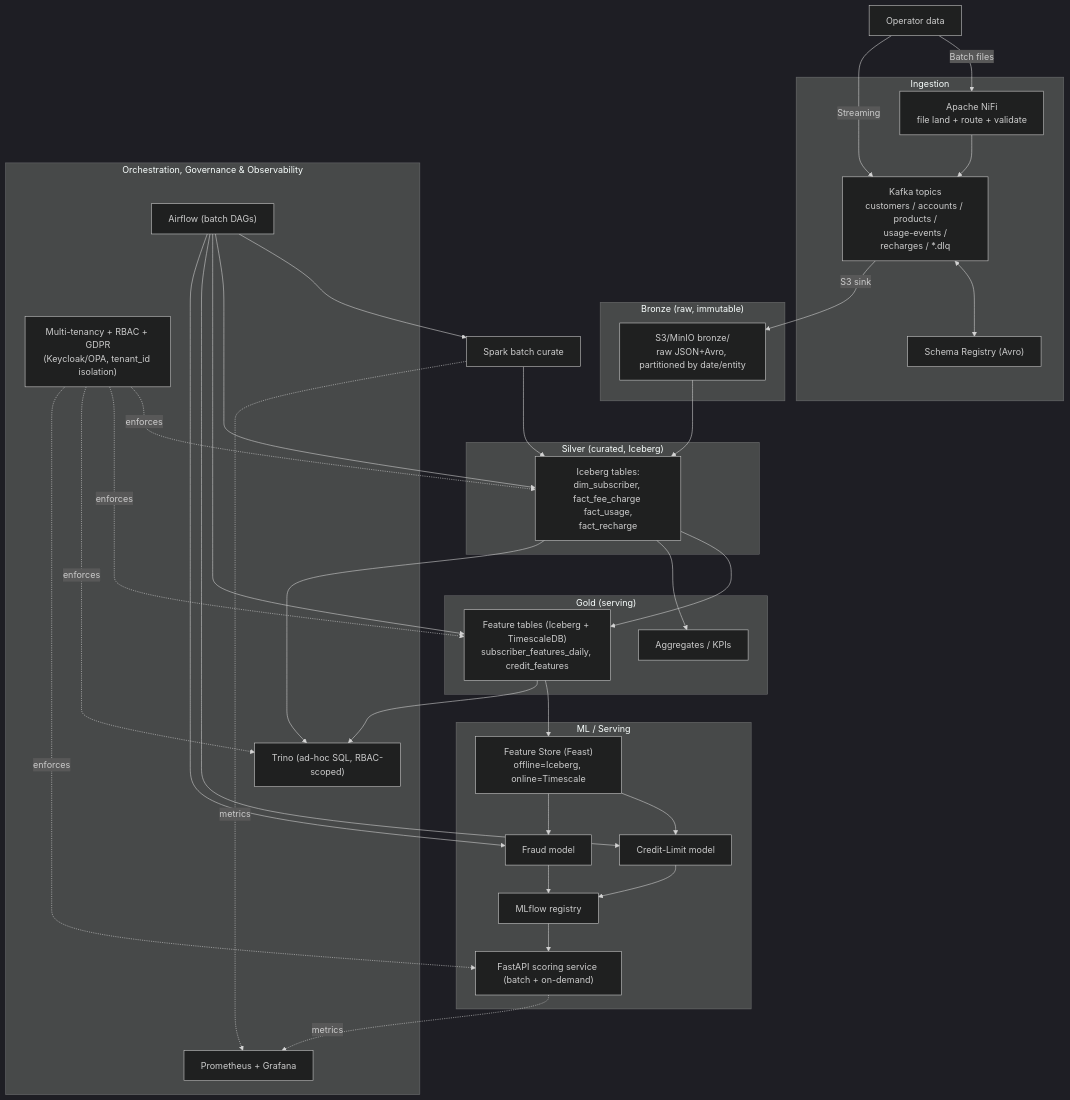
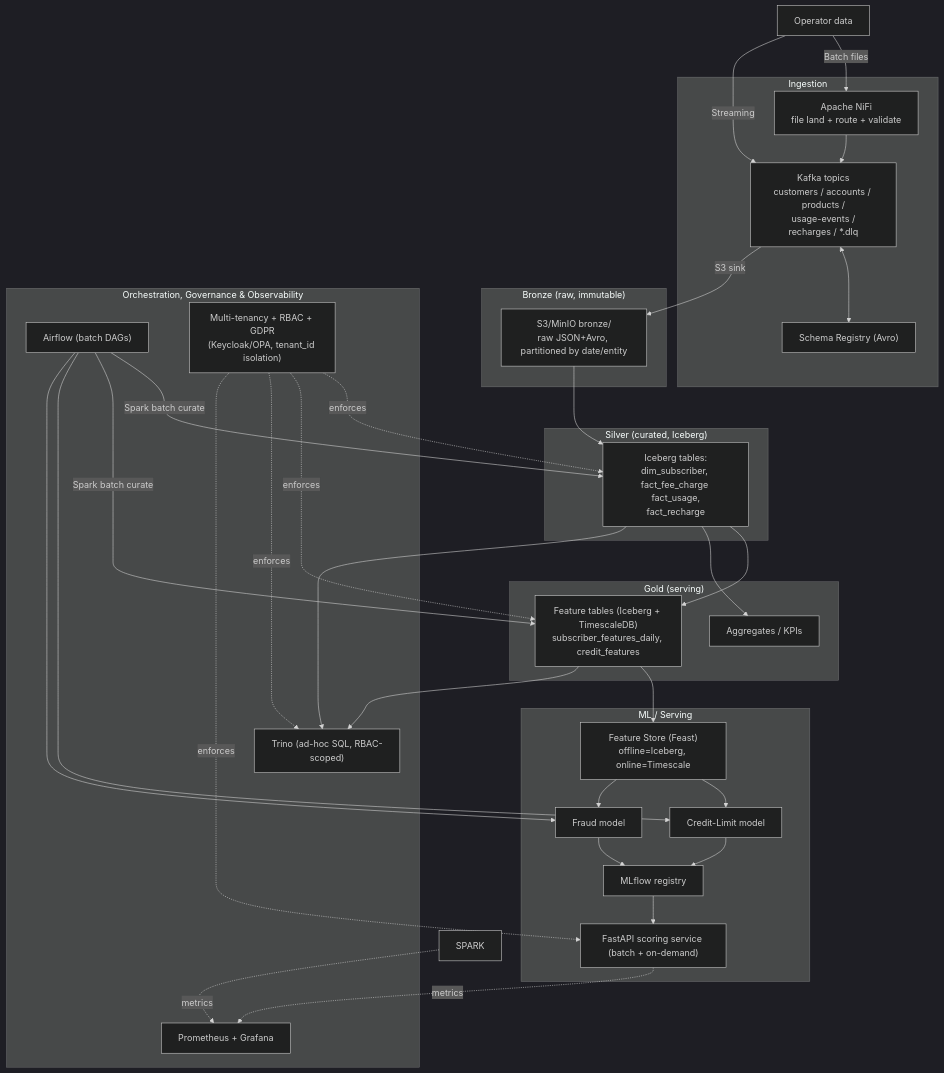
Before and after one commit to vikasagarwal2485/intelligent_data_platform: the diagram in docs/architecture_and_implementation_plan.md, drawn with Mermaid (dark theme).

````diff
--- a/docs/architecture_and_implementation_plan.md
+++ b/docs/architecture_and_implementation_plan.md
@@ -76,54 +76,55 @@
 ```mermaid
 flowchart TB
 
     subgraph ING["Ingestion"]
         NIFI["Apache NiFi<br/>file land + route + validate"]
         KAFKA["Kafka topics<br/>customers / accounts / products /<br/>usage-events /<br/>recharges / *.dlq"]
         SR["Schema Registry (Avro)"]
     end
 
     subgraph BRONZE["Bronze (raw, immutable)"]
         B["S3/MinIO bronze/<br/>raw JSON+Avro, partitioned by date/entity"]
     end
 
     subgraph SILVER["Silver (curated, Iceberg)"]
         S["Iceberg tables:<br/>dim_subscriber, fact_fee_charge <br/> fact_usage, fact_recharge"]
     end
 
     subgraph GOLD["Gold (serving)"]
         G1["Feature tables (Iceberg + TimescaleDB)<br/>subscriber_features_daily, credit_features"]
         G2["Aggregates / KPIs"]
     end
 
     subgraph ML["ML / Serving"]
         FS["Feature Store (Feast)<br/>offline=Iceberg, online=Timescale"]
         M1["Credit-Limit model"]
         M2["Fraud model"]
         REG["MLflow registry"]
         API["FastAPI scoring service (batch + on-demand)"]
     end
 
     subgraph OPS["Orchestration, Governance & Observability"]
         AF["Airflow (batch DAGs)"]
         MON["Prometheus + Grafana"]
         TR["Trino (ad-hoc SQL, RBAC-scoped)"]
         GOV["Multi-tenancy + RBAC + GDPR<br/>(Keycloak/OPA, tenant_id isolation)"]
     end
 
     SYN["Operator data"] --> |Batch files| NIFI --> KAFKA
     SYN["Operator data"] --> |Streaming| KAFKA
     KAFKA <--> SR
     KAFKA -->|S3 sink| B
-    SPARK[Spark batch curate] --> S
     B --> S
     S --> G1 & G2
     G1 --> FS
     FS --> M1 & M2
     M1 & M2 --> REG --> API
-    AF --> SPARK & S & G1 & M1 & M2
+    AF --> |Spark batch curate| S
+    AF --> |Spark batch curate| G1
+    AF --> M1 & M2
     S --> TR
     G1 --> TR
     GOV -.enforces.-> S & G1 & TR & API
     SPARK -.metrics.-> MON
     API -.metrics.-> MON
 ```
````
